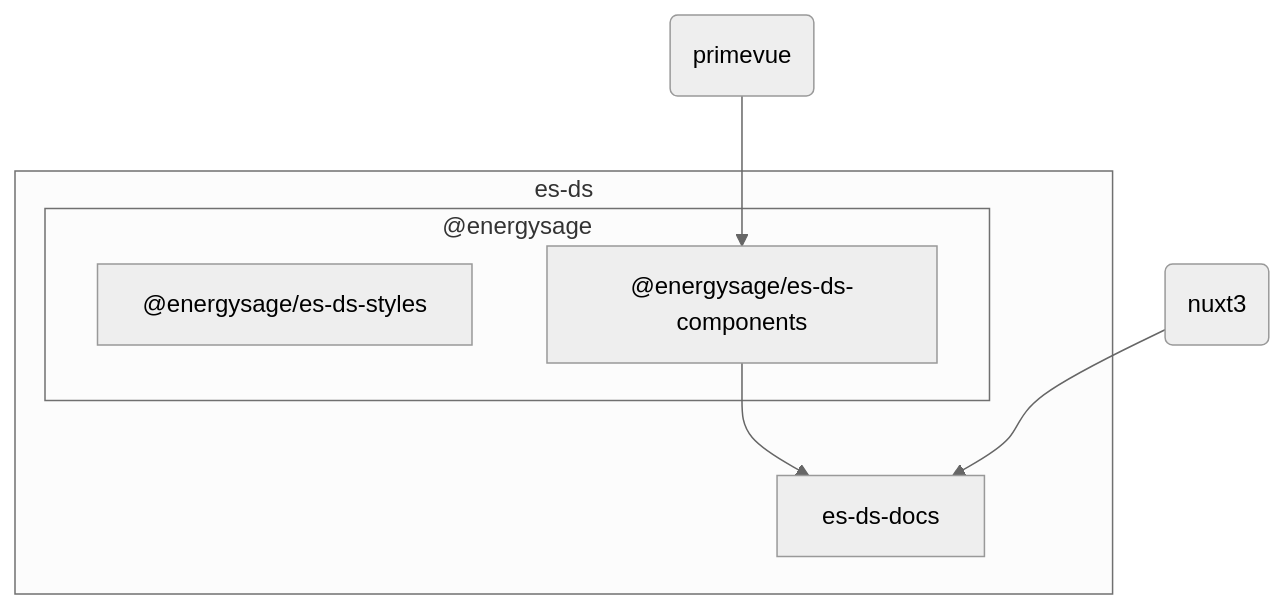
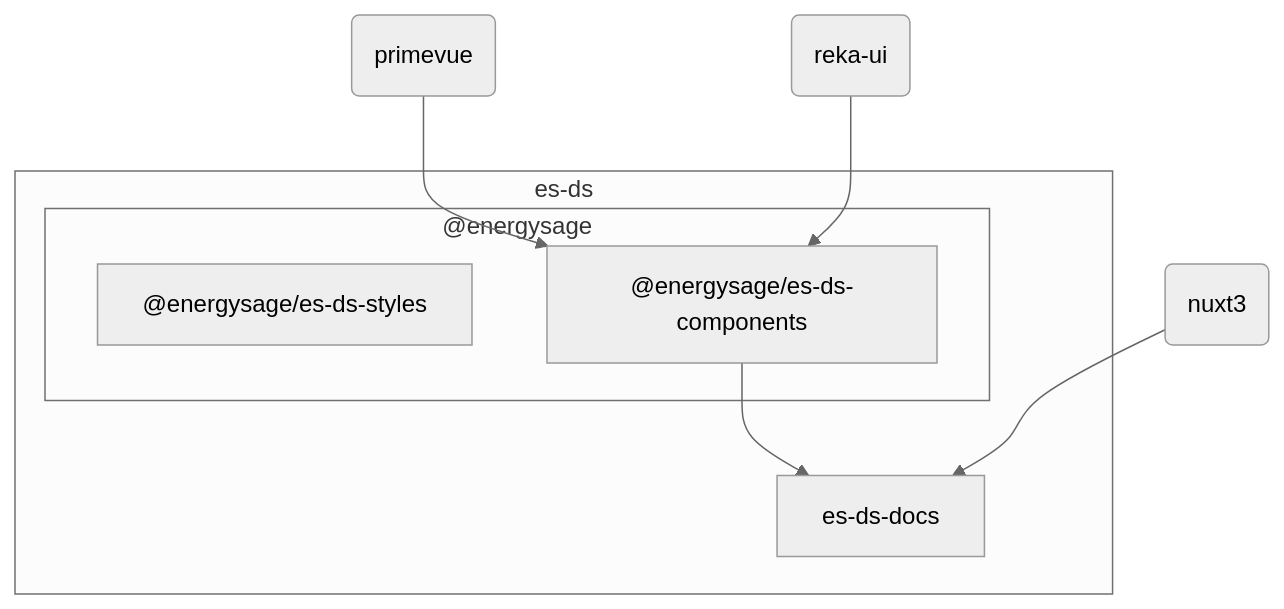
One commit to EnergySage/es-ds changed the diagram in README.md. Above: the diagram before and after it, drawn with Mermaid (neutral theme). The commit also changed other lines of this file, not shown here.

Commit message:
docs: updated README with Reka UI

````diff
--- a/README.md
+++ b/README.md
@@ -32,14 +32,15 @@
 ```mermaid
 graph TB
     subgraph es-ds
         subgraph "@energysage"
             A["@energysage/es-ds-styles"]
             C["@energysage/es-ds-components"]
         end
         D[es-ds-docs]
         C-->D
     end
     Y(nuxt3)
     Z(primevue) --> C
+    X(reka-ui) --> C
     Y-->D
 ```
````
